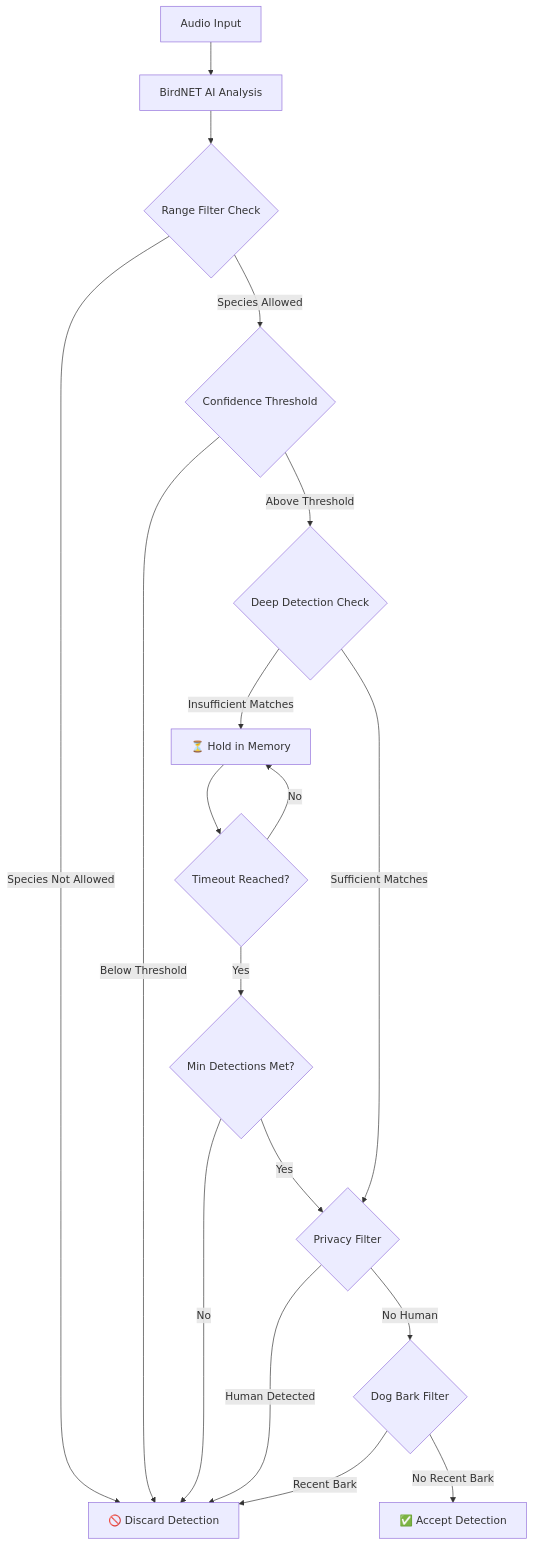
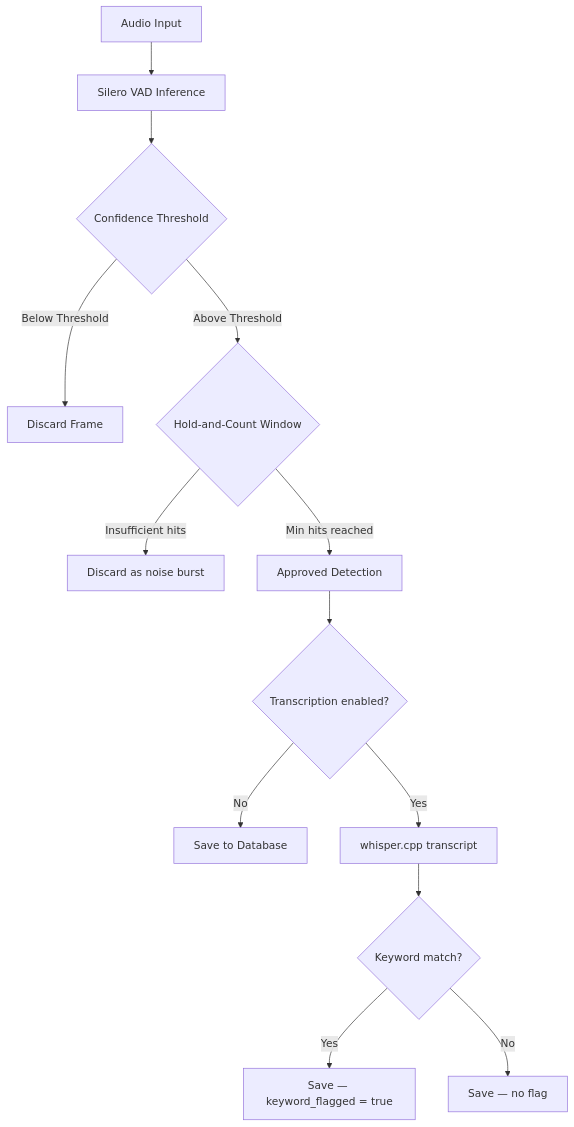
The first of 2 diagrams in doc/wiki/guide.md (DrOctogon/net-go), drawn with Mermaid before and after one commit. The commit also changed other lines of this file and 10 other files, not shown here.

````diff
--- a/doc/wiki/guide.md
+++ b/doc/wiki/guide.md
@@ -749,20 +619,15 @@
 ```mermaid
 graph TD
-    A[Audio Input] --> B[BirdNET AI Analysis]
-    B --> C{Range Filter Check}
-    C -->|Species Not Allowed| D[🚫 Discard Detection]
-    C -->|Species Allowed| E{Confidence Threshold}
-    E -->|Below Threshold| D
-    E -->|Above Threshold| F{Deep Detection Check}
-    F -->|Insufficient Matches| G[⏳ Hold in Memory]
-    F -->|Sufficient Matches| H{Privacy Filter}
-    H -->|Human Detected| D
-    H -->|No Human| I{Dog Bark Filter}
-    I -->|Recent Bark| D
-    I -->|No Recent Bark| J[✅ Accept Detection]
-    G --> K{Timeout Reached?}
-    K -->|No| G
-    K -->|Yes| L{Min Detections Met?}
-    L -->|No| D
-    L -->|Yes| H
+    A[Audio Input] --> B[Silero VAD Inference]
+    B --> C{Confidence Threshold}
+    C -->|Below Threshold| D[Discard Frame]
+    C -->|Above Threshold| E{Hold-and-Count Window}
+    E -->|Insufficient hits| F[Discard as noise burst]
+    E -->|Min hits reached| G[Approved Detection]
+    G --> H{Transcription enabled?}
+    H -->|No| I[Save to Database]
+    H -->|Yes| J[whisper.cpp transcript]
+    J --> K{Keyword match?}
+    K -->|Yes| L[Save — keyword_flagged = true]
+    K -->|No| M[Save — no flag]
 ```
````
